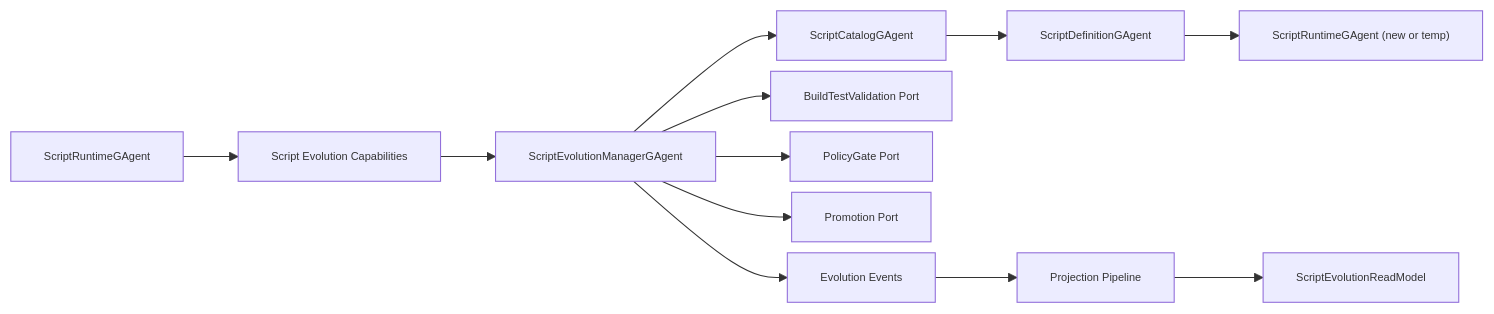
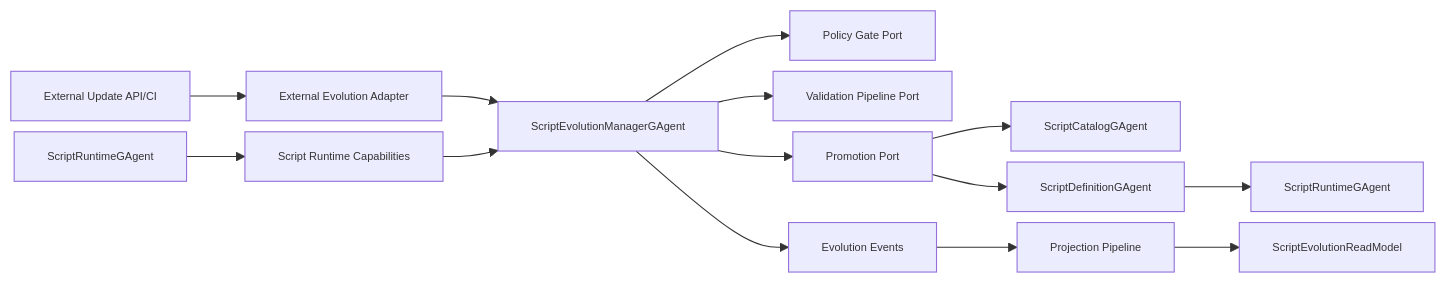
Before and after one commit to aevatarAI/aevatar: the first of 3 diagrams in docs/architecture/scripting-autonomous-evolution-architecture-change-2026-03-02.md, drawn with Mermaid. The commit also changed other lines of this file and 70 other files, not shown here.

First line of the commit message:
Refactor Aevatar.Scripting architecture to implement dual-channel evolution capabilities

````diff
--- a/docs/architecture/scripting-autonomous-evolution-architecture-change-2026-03-02.md
+++ b/docs/architecture/scripting-autonomous-evolution-architecture-change-2026-03-02.md
@@ -79,15 +48,20 @@
 ```mermaid
 %%{init: {"maxTextSize": 100000, "flowchart": {"useMaxWidth": false, "nodeSpacing": 10, "rankSpacing": 50}, "themeVariables": {"fontSize": "10px"}}}%%
 flowchart LR
-    SRT["ScriptRuntimeGAgent"] --> CAP["Script Evolution Capabilities"]
-    CAP --> EVA["ScriptEvolutionManagerGAgent"]
-    EVA --> CAT["ScriptCatalogGAgent"]
-    EVA --> VAL["BuildTestValidation Port"]
-    EVA --> POL["PolicyGate Port"]
-    EVA --> PUB["Promotion Port"]
-    CAT --> DEF["ScriptDefinitionGAgent"]
-    DEF --> RNT["ScriptRuntimeGAgent (new or temp)"]
+    EXT["External Update API/CI"] --> EXA["External Evolution Adapter"]
+    SRT["ScriptRuntimeGAgent"] --> CAP["Script Runtime Capabilities"]
+
+    EXA --> EVA["ScriptEvolutionManagerGAgent"]
+    CAP --> EVA
+
+    EVA --> POL["Policy Gate Port"]
+    EVA --> VAL["Validation Pipeline Port"]
+    EVA --> PRO["Promotion Port"]
+    PRO --> CAT["ScriptCatalogGAgent"]
+    PRO --> DEF["ScriptDefinitionGAgent"]
+
+    DEF --> RNT["ScriptRuntimeGAgent"]
     EVA --> EV["Evolution Events"]
     EV --> PRJ["Projection Pipeline"]
     PRJ --> RM["ScriptEvolutionReadModel"]
 ```
````
